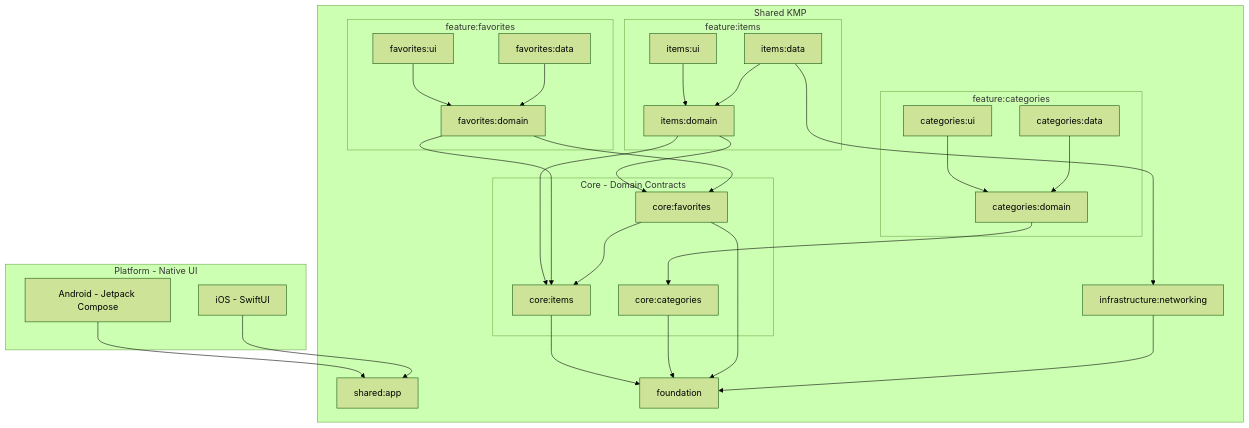
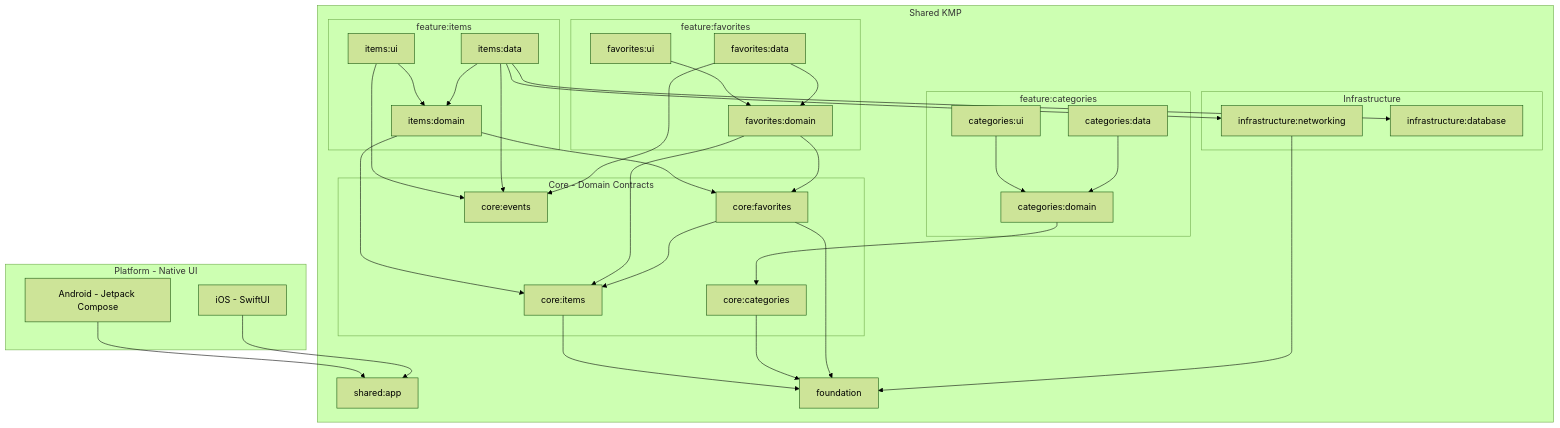
One commit to Ashanen/Castociasto changed the first of 13 diagrams in README.md. Above: the diagram before and after it, drawn with Mermaid (forest theme). The commit also changed other lines of this file and 54 other files, not shown here.

First line of the commit message:
Add offline-first architecture with Room, event bus, and Compose testTag E2E support

````diff
--- a/README.md
+++ b/README.md
@@ -25,62 +28,71 @@
 ```mermaid
 graph TB
     subgraph Platform["Platform - Native UI"]
         Android[Android - Jetpack Compose]
         iOS[iOS - SwiftUI]
     end
 
     subgraph Shared["Shared KMP"]
         App[shared:app]
 
         subgraph Feature1["feature:items"]
             IU[items:ui]
             IDom[items:domain]
             IData[items:data]
         end
 
         subgraph Feature2["feature:categories"]
             CU[categories:ui]
             CDom[categories:domain]
             CData[categories:data]
         end
 
         subgraph Feature3["feature:favorites"]
             FU[favorites:ui]
             FDom[favorites:domain]
             FData[favorites:data]
         end
 
         subgraph Core["Core - Domain Contracts"]
             CoreItems[core:items]
             CoreCat[core:categories]
             CoreFav[core:favorites]
+            CoreEvents[core:events]
         end
 
-        Infra[infrastructure:networking]
+        subgraph Infrastructure
+            Infra[infrastructure:networking]
+            DB[infrastructure:database]
+        end
+
         Found[foundation]
     end
 
     Android --> App
     iOS --> App
 
     IU --> IDom
+    IU --> CoreEvents
     IData --> IDom
+    IData --> DB
+    IData --> CoreEvents
     IDom --> CoreItems
     IDom --> CoreFav
     IData --> Infra
 
     CU --> CDom
     CData --> CDom
     CDom --> CoreCat
 
     FU --> FDom
     FData --> FDom
+    FData --> CoreEvents
     FDom --> CoreItems
     FDom --> CoreFav
 
     CoreFav --> CoreItems
     CoreItems --> Found
     CoreCat --> Found
     CoreFav --> Found
     Infra --> Found
 ```
````
